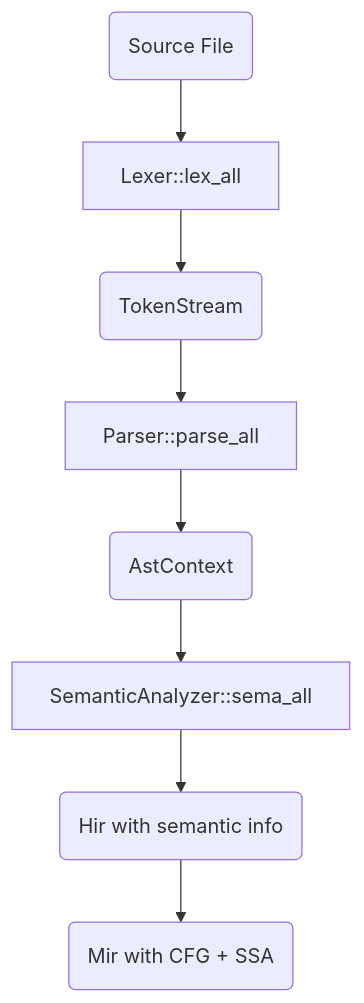
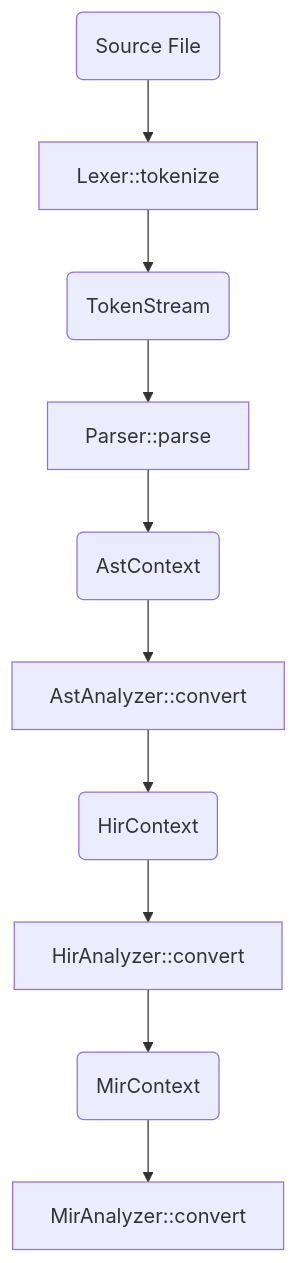
The first of 2 diagrams in src/frontend/README.md (pugur523/redy), drawn with Mermaid before and after one commit. The commit also changed other lines of this file, not shown here.

First line of the commit message:
doc: add description and flow chartfor each module

````diff
--- a/src/frontend/README.md
+++ b/src/frontend/README.md
@@ -18,10 +55,12 @@
 ```mermaid
 flowchart TD
-    A(Source File) --> B[Lexer::lex_all]
+    A(Source File) --> B[Lexer::tokenize]
     B --> C(TokenStream)
-    C --> D[Parser::parse_all]
+    C --> D[Parser::parse]
     D --> E(AstContext)
-    E --> F[SemanticAnalyzer::sema_all]
-    F --> G(Hir with semantic info)
-    G --> H(Mir with CFG + SSA)
+    E --> F[AstAnalyzer::convert]
+    F --> G(HirContext)
+    G --> H[HirAnalyzer::convert]
+    H --> I(MirContext)
+    I --> J[MirAnalyzer::convert]
 ```
````
